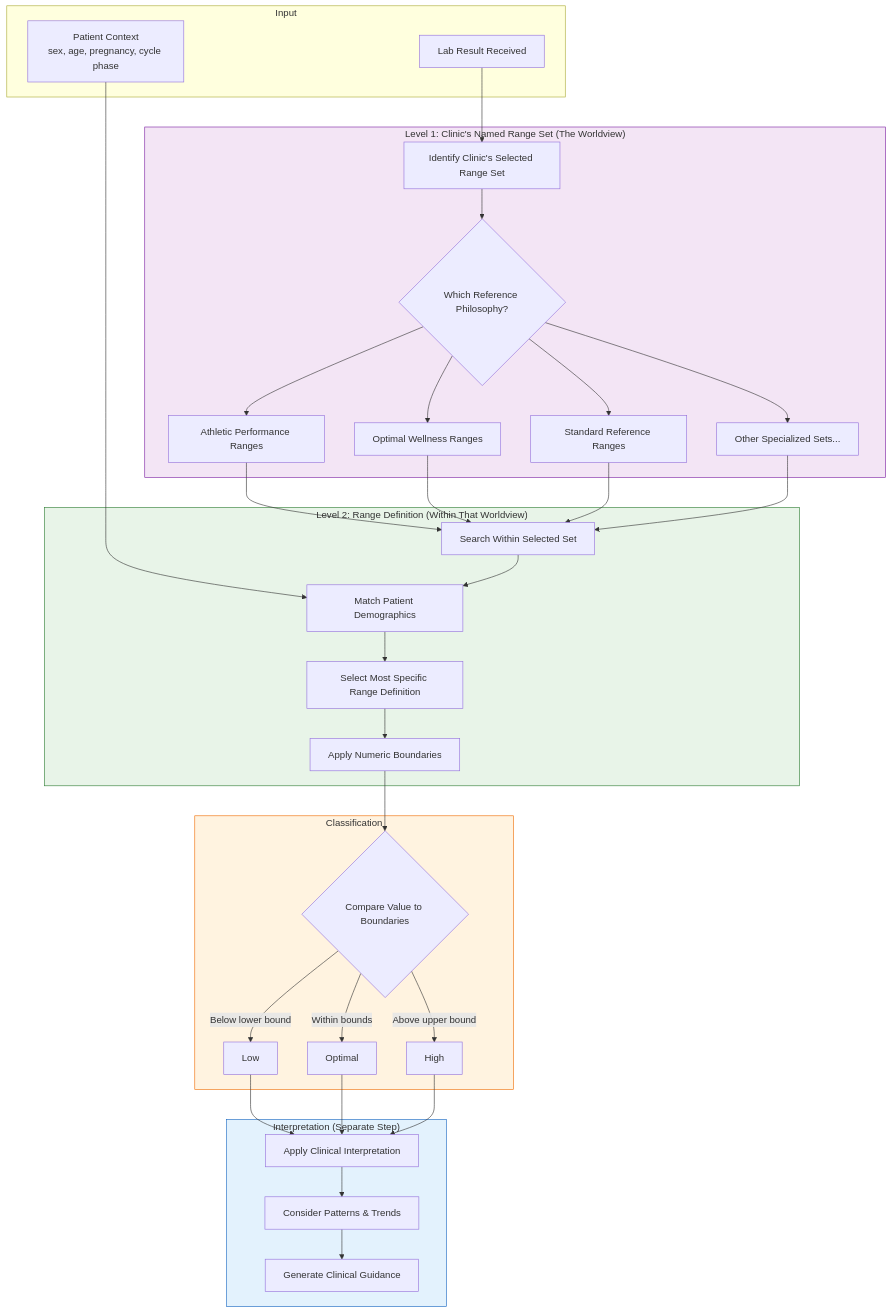
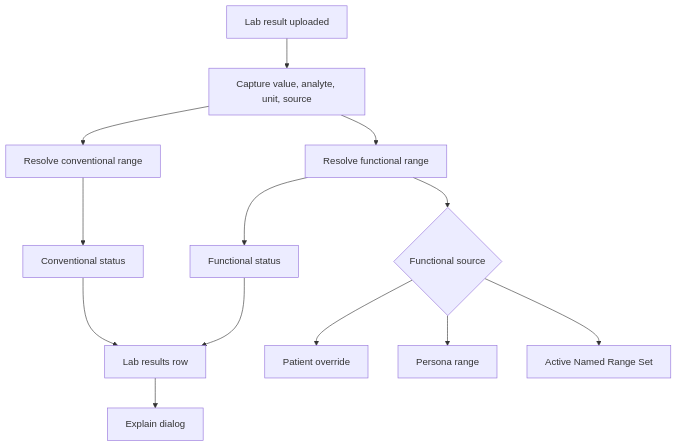
Before and after one commit to Hulupeep/healthplus-help: the diagram in docs/how-named-range-sets-work.md, drawn with Mermaid. The commit also changed other lines of this file and 11 other files, not shown here.

Commit message:
docs: add range source explainability help pages (#76)

````diff
--- a/docs/how-named-range-sets-work.md
+++ b/docs/how-named-range-sets-work.md
@@ -163,65 +126,15 @@
 ```mermaid
 flowchart TD
-    subgraph Input
-        A[Lab Result Received]
-        B[Patient Context<br/>sex, age, pregnancy, cycle phase]
-    end
-
-    subgraph ClinicWorldview["Level 1: Clinic's Named Range Set (The Worldview)"]
-        C[Identify Clinic's Selected Range Set]
-        D{Which Reference Philosophy?}
-        E1[Athletic Performance Ranges]
-        E2[Optimal Wellness Ranges]
-        E3[Standard Reference Ranges]
-        E4[Other Specialized Sets...]
-    end
-
-    subgraph ContextMatch["Level 2: Range Definition (Within That Worldview)"]
-        F[Search Within Selected Set]
-        G[Match Patient Demographics]
-        H[Select Most Specific Range Definition]
-        I[Apply Numeric Boundaries]
-    end
-
-    subgraph Classification
-        J{Compare Value to Boundaries}
-        K[Low]
-        L[Optimal]
-        M[High]
-    end
-
-    subgraph Interpretation["Interpretation (Separate Step)"]
-        N[Apply Clinical Interpretation]
-        O[Consider Patterns & Trends]
-        P[Generate Clinical Guidance]
-    end
-
-    A --> C
-    C --> D
-    D --> E1
-    D --> E2
-    D --> E3
-    D --> E4
-    E1 --> F
-    E2 --> F
-    E3 --> F
-    E4 --> F
-    B --> G
-    F --> G
-    G --> H
-    H --> I
-    I --> J
-    J -->|Below lower bound| K
-    J -->|Within bounds| L
-    J -->|Above upper bound| M
-    K --> N
-    L --> N
-    M --> N
-    N --> O
-    O --> P
-
-    style ClinicWorldview fill:#f3e5f5,stroke:#7b1fa2
-    style ContextMatch fill:#e8f4e8,stroke:#2e7d32
-    style Interpretation fill:#e3f2fd,stroke:#1565c0
-    style Classification fill:#fff3e0,stroke:#ef6c00
+    A[Lab result uploaded] --> B[Capture value, analyte, unit, source]
+    B --> C[Resolve conventional range]
+    B --> D[Resolve functional range]
+    C --> E[Conventional status]
+    D --> F[Functional status]
+    D --> G{Functional source}
+    G --> H[Patient override]
+    G --> I[Persona range]
+    G --> J[Active Named Range Set]
+    E --> K[Lab results row]
+    F --> K
+    K --> L[Explain dialog]
 ```
````
